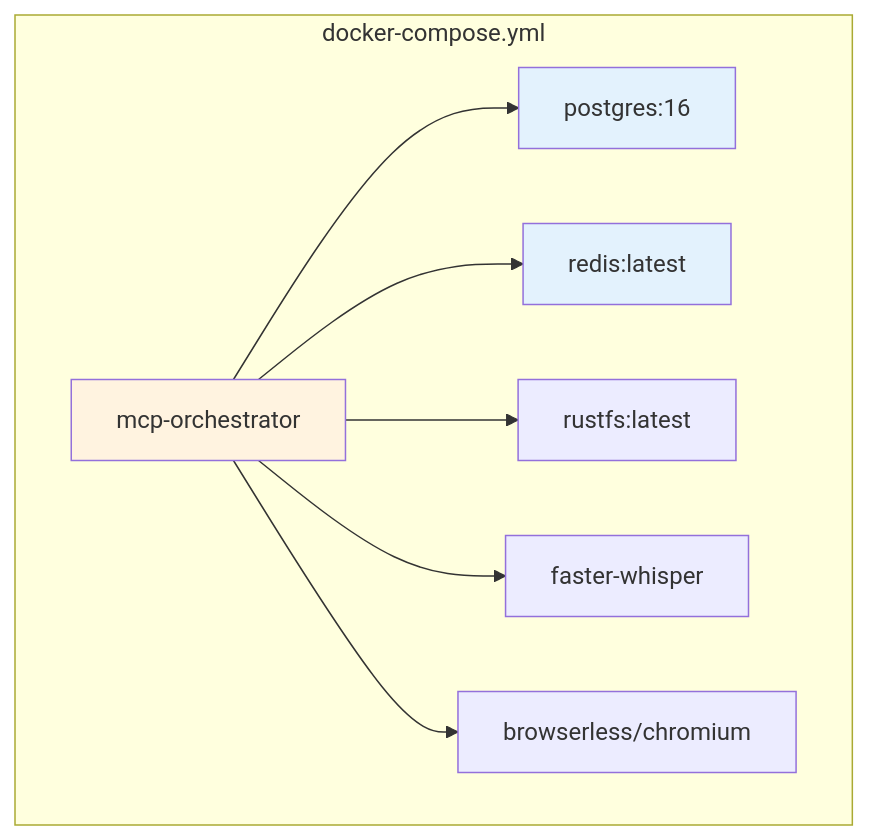
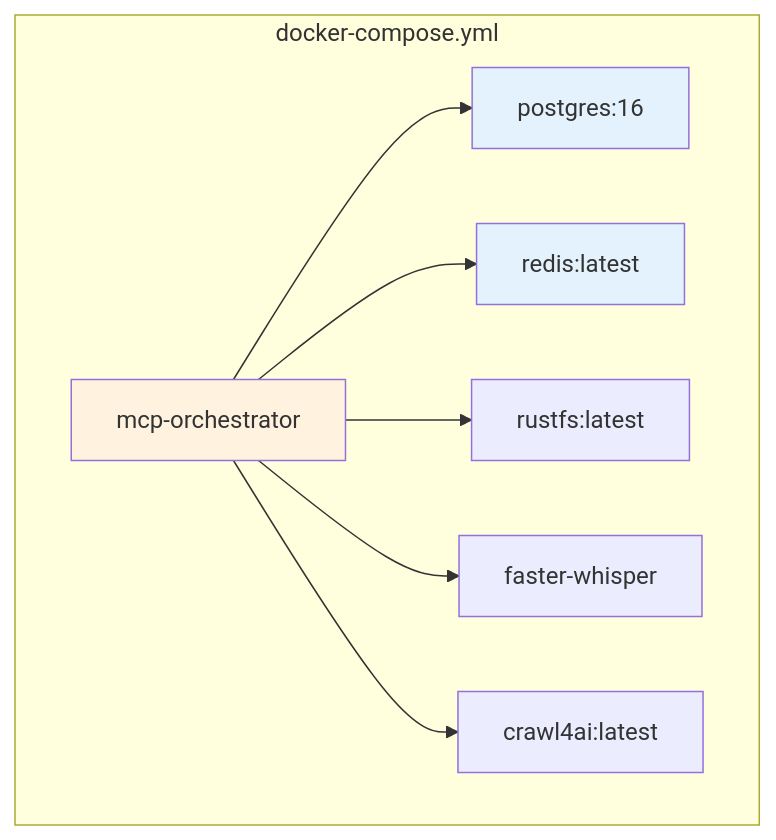
Diagram 11 of 11 in docs/ARCHITECTURE.md (sudebaker/mcp-go), drawn with Mermaid before and after one commit. The commit also changed other lines of this file and 12 other files, not shown here.

First line of the commit message:
refactor: replace browserless with crawl4ai

````diff
--- a/docs/ARCHITECTURE.md
+++ b/docs/ARCHITECTURE.md
@@ -556,21 +556,21 @@
 ```mermaid
 graph TD
     subgraph Services["docker-compose.yml"]
         mcp["mcp-orchestrator"]
         postgres["postgres:16"]
         redis["redis:latest"]
         rustfs["rustfs:latest"]
         whisper["faster-whisper"]
-        browserless["browserless/chromium"]
+        crawl4ai["crawl4ai:latest"]
     end
 
     mcp --> postgres
     mcp --> redis
     mcp --> rustfs
     mcp --> whisper
-    mcp --> browserless
+    mcp --> crawl4ai
 
     style mcp fill:#fff3e0
     style postgres fill:#e3f2fd
     style redis fill:#e3f2fd
 ```
````
